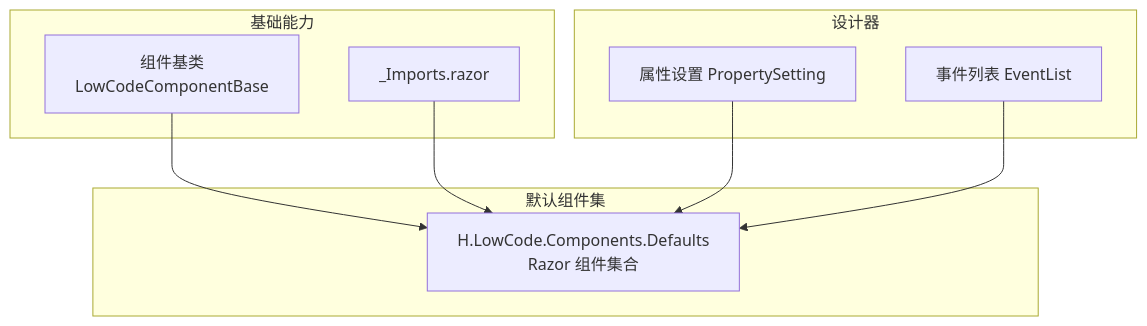
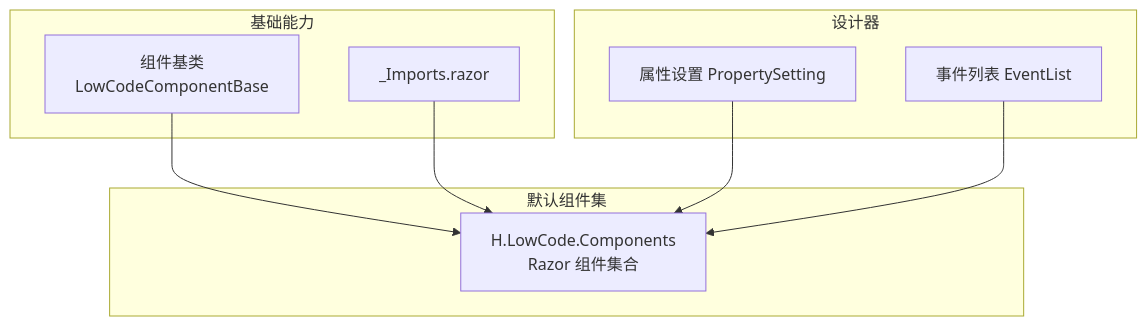
Before and after one commit to openlowcodelab/lowcode: the first of 4 diagrams in .qoder/repowiki/zh/content/低代码引擎/组件系统/默认组件库/基础组件.md, drawn with Mermaid. The commit also changed other lines of this file and 90 other files, not shown here.

Commit message:
[LowCode] 组件库重命名

````diff
--- a/.qoder/repowiki/zh/content/低代码引擎/组件系统/默认组件库/基础组件.md
+++ b/.qoder/repowiki/zh/content/低代码引擎/组件系统/默认组件库/基础组件.md
@@ -36,18 +36,18 @@
 ```mermaid
 graph TB
 subgraph "基础能力"
 A["组件基类<br/>LowCodeComponentBase"]
 B["_Imports.razor"]
 end
 subgraph "默认组件集"
-C["H.LowCode.Components.Defaults<br/>Razor 组件集合"]
+C["H.LowCode.Components<br/>Razor 组件集合"]
 end
 subgraph "设计器"
 D["属性设置 PropertySetting"]
 E["事件列表 EventList"]
 end
 A --> C
 B --> C
 D --> C
 E --> C
 ```
````
